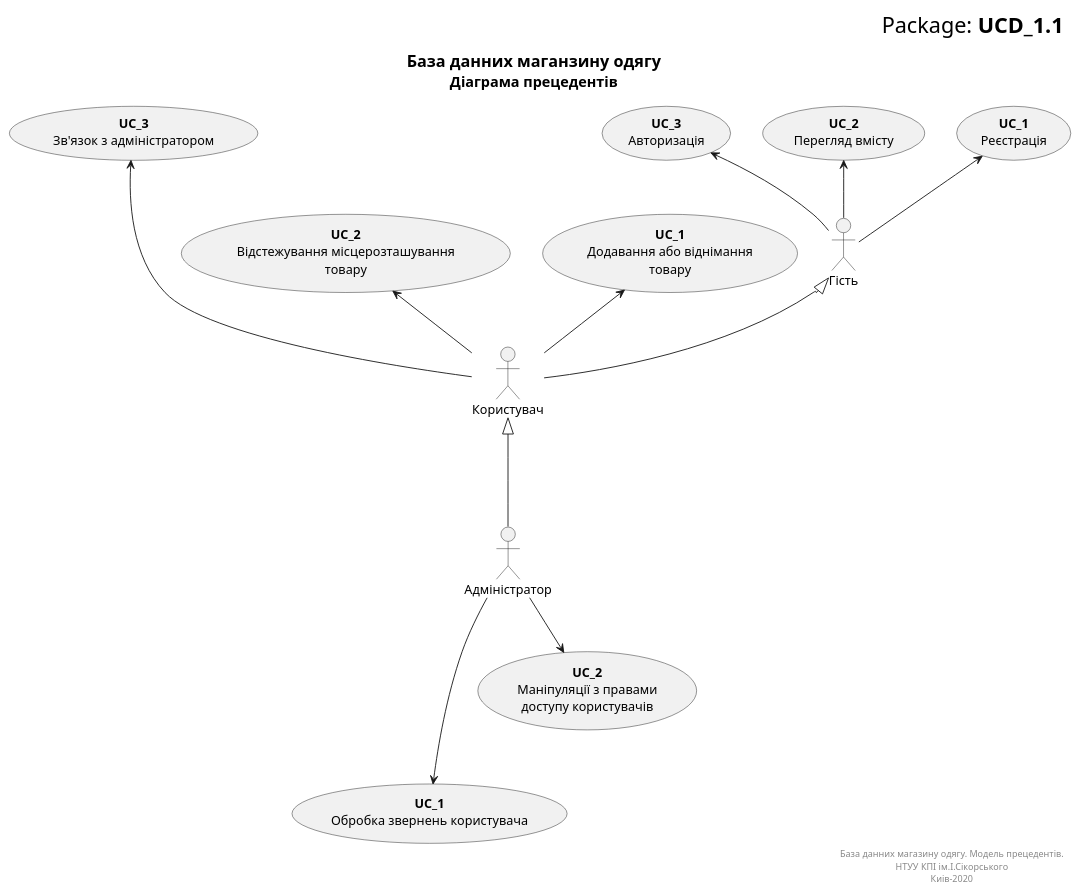
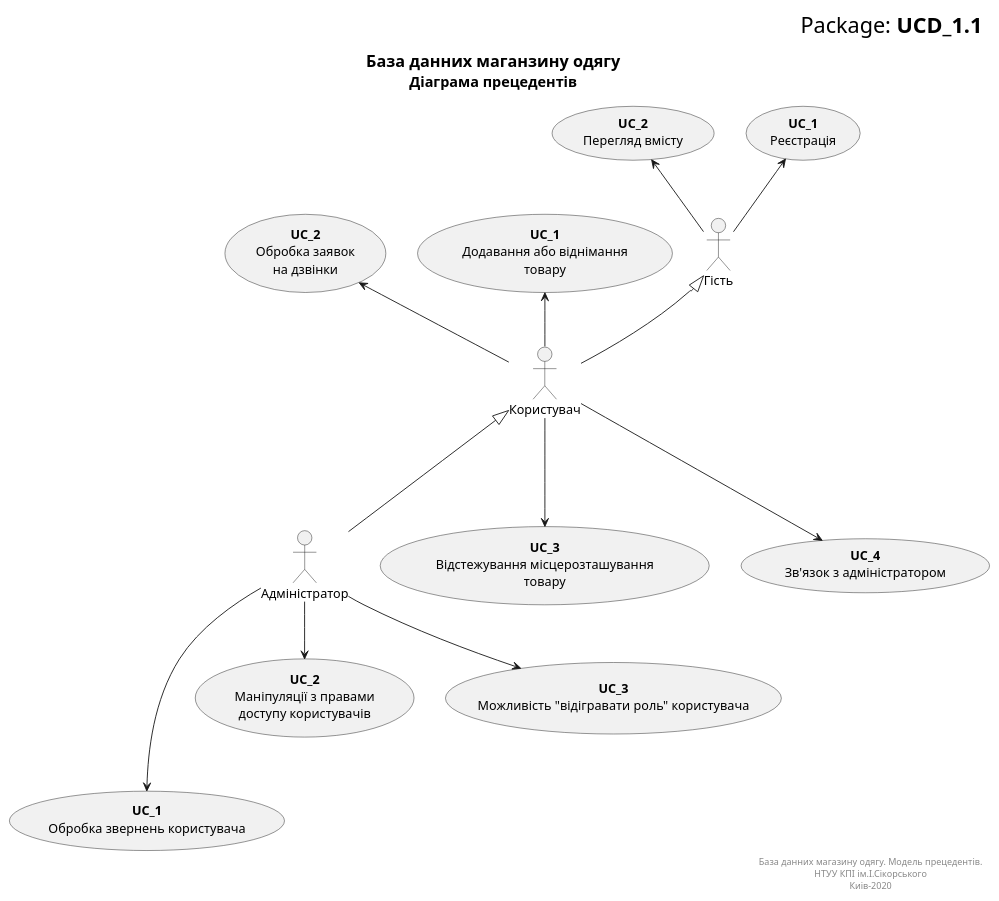
One commit to kirilinsane/Team2 changed the diagram in Doc/UMLdiagrams/general/ModelView.pu. Above: the diagram before and after it, drawn with PlantUML. The commit also changed 26 other files, not shown here.

```diff
--- a/Doc/UMLdiagrams/general/ModelView.pu
+++ b/Doc/UMLdiagrams/general/ModelView.pu
@@ -1,60 +1,60 @@
 @startuml
 right header
 <font size=24 color=black>Package: <b>UCD_1.1
 end header
 
 title
 <font size=18 color=black>База данних маганзину одягу
 <font size=16 color=black>Діаграма прецедентів
 end title
 
 actor "Гість" as Guest
 actor "Користувач" as User
 actor "Адміністратор" as Admin
 
 ' UCes for Guest:
 usecase "<b>UC_1</b>\nРеєстрація" as UC1_Guest
 usecase "<b>UC_2</b>\nПерегляд вмісту" as UC2_Guest
-usecase "<b>UC_3</b>\nАвторизація" as UC3_Guest
-
 
 
 ' UCes for User:
 usecase "<b>UC_1</b>\nДодавання або віднімання\nтовару" as UC1_User
-usecase "<b>UC_2</b>\nВідстежування місцерозташування\nтовару" as UC2_User
-usecase "<b>UC_3</b>\nЗв'язок з адміністратором" as UC3_User
+usecase "<b>UC_2</b>\nОбробка заявок\nна дзвінки" as UC2_User
+usecase "<b>UC_3</b>\nВідстежування місцерозташування\nтовару" as UC3_User
+usecase "<b>UC_4</b>\nЗв'язок з адміністратором" as UC4_User
 
 
 ' UCes for Admin:
 usecase "<b>UC_1</b>\nОбробка звернень користувача" as UC1_Admin
 usecase "<b>UC_2</b>\nМаніпуляції з правами\nдоступу користувачів" as UC2_Admin
+usecase "<b>UC_3</b>\nМожливість "відігравати роль" користувача" as UC3_Admin
 
 
 ' Actors connections
 User -u-|> Guest
 
 Admin -u--|> User
 
 
 ' UCes connectios
 Guest -u-> UC1_Guest
 Guest -u-> UC2_Guest
-Guest -u-> UC3_Guest
-
 
 
 User -u-> UC1_User
 User -u-> UC2_User
-User -u--> UC3_User
+User -d--> UC3_User
+User -d--> UC4_User
 
 
 Admin -d--> UC1_Admin
 Admin -d-> UC2_Admin
+Admin -d-> UC3_Admin
 
 
 right footer
 База данних магазину одягу. Модель прецедентів.
 НТУУ КПІ ім.І.Сікорського
 Киів-2020
 end footer
 @enduml
```
